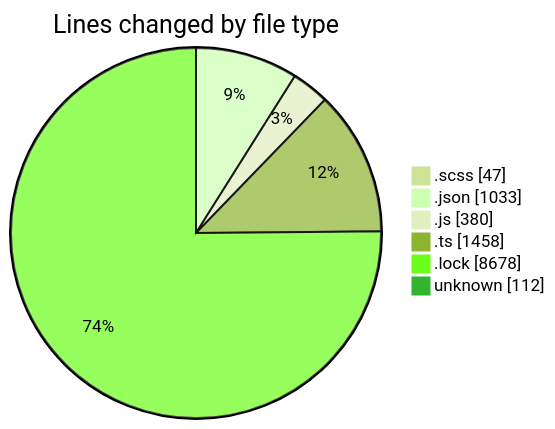
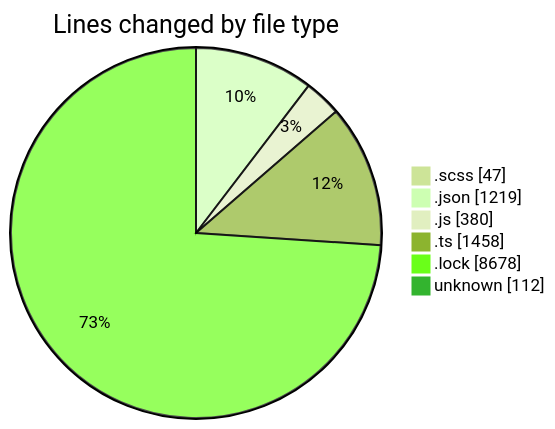
One commit to momahboobian/code-tracking changed the first of 2 diagrams in 2026-04-21/cda/README.md. Above: the diagram before and after it, drawn with Mermaid (forest theme). The commit also changed other lines of this file and 1 other file, not shown here.

````diff
--- a/2026-04-21/cda/README.md
+++ b/2026-04-21/cda/README.md
@@ -44,10 +44,10 @@
 ```mermaid
 pie showData
 title Lines changed by file type
 ".scss" : 47
-".json" : 1033
+".json" : 1219
 ".js" : 380
 ".ts" : 1458
 ".lock" : 8678
 "unknown" : 112
 ```
````
